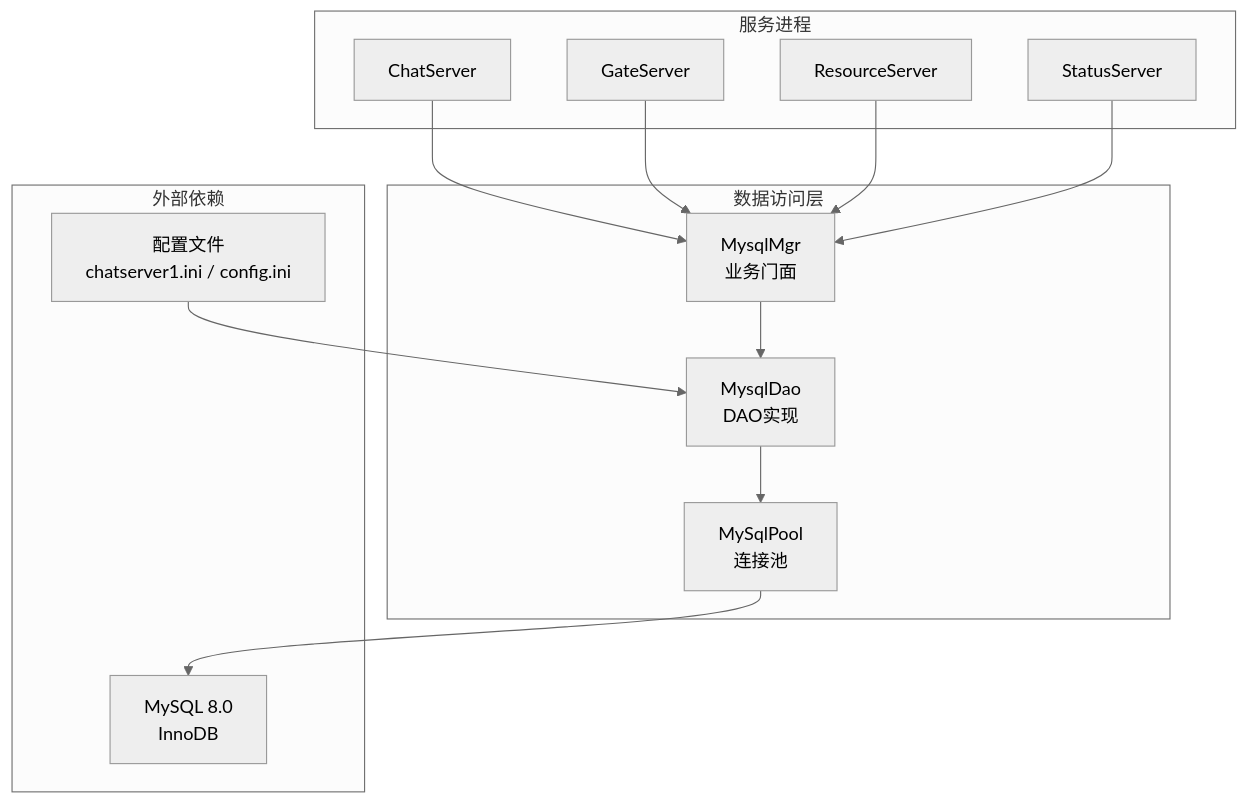
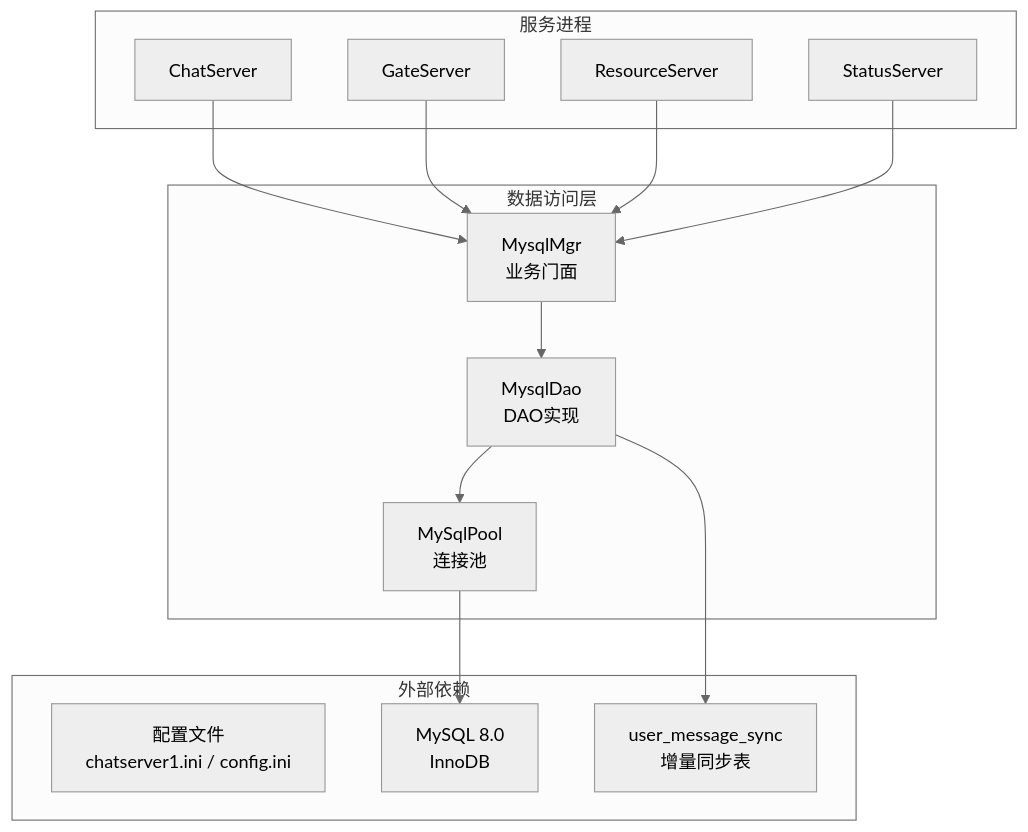
Before and after one commit to echo9923/mychatter: the first of 6 diagrams in .qoder/repowiki/zh/content/缓存和存储/MySQL数据存储.md, drawn with Mermaid (neutral theme). The commit also changed other lines of this file and 132 other files, not shown here.

````diff
--- a/.qoder/repowiki/zh/content/缓存和存储/MySQL数据存储.md
+++ b/.qoder/repowiki/zh/content/缓存和存储/MySQL数据存储.md
@@ -43,26 +47,27 @@
 ```mermaid
 graph TB
 subgraph "服务进程"
 CS["ChatServer"]
 GS["GateServer"]
 RS["ResourceServer"]
 SS["StatusServer"]
 end
 subgraph "数据访问层"
 MGR["MysqlMgr<br/>业务门面"]
 DAO["MysqlDao<br/>DAO实现"]
 POOL["MySqlPool<br/>连接池"]
 end
 subgraph "外部依赖"
 CFG["配置文件<br/>chatserver1.ini / config.ini"]
 MYSQL["MySQL 8.0<br/>InnoDB"]
+SYNC["user_message_sync<br/>增量同步表"]
 end
 CS --> MGR
 GS --> MGR
 RS --> MGR
 SS --> MGR
 MGR --> DAO
 DAO --> POOL
 POOL --> MYSQL
-CFG --> DAO
+DAO --> SYNC
 ```
````
